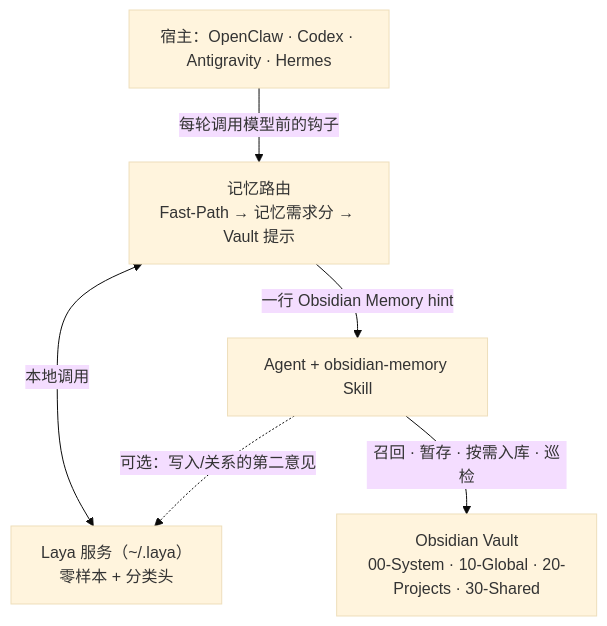
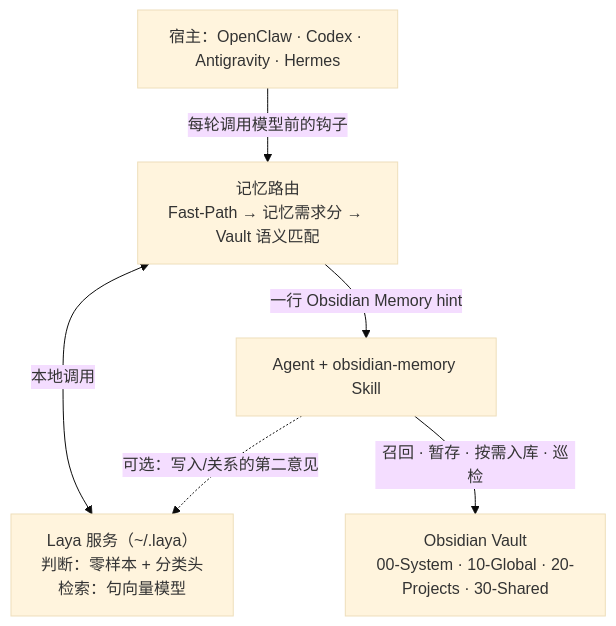
The first of 2 diagrams in ARCHITECTURE.md (annual30k/obsidian-memory-plugin), drawn with Mermaid (base theme) before and after one commit. The commit also changed other lines of this file and 53 other files, not shown here.

````diff
--- a/ARCHITECTURE.md
+++ b/ARCHITECTURE.md
@@ -5,8 +5,8 @@
 ```mermaid
 flowchart TD
-  H["宿主：OpenClaw · Codex · Antigravity · Hermes"] -->|每轮调用模型前的钩子| R["记忆路由<br/>Fast-Path → 记忆需求分 → Vault 提示"]
-  R <-->|本地调用| L["Laya 服务（~/.laya）<br/>零样本 + 分类头"]
+  H["宿主：OpenClaw · Codex · Antigravity · Hermes"] -->|每轮调用模型前的钩子| R["记忆路由<br/>Fast-Path → 记忆需求分 → Vault 语义匹配"]
+  R <-->|本地调用| L["Laya 服务（~/.laya）<br/>判断：零样本 + 分类头<br/>检索：句向量模型"]
   R -->|一行 Obsidian Memory hint| A["Agent + obsidian-memory Skill"]
   A -->|召回 · 暂存 · 按需入库 · 巡检| V["Obsidian Vault<br/>00-System · 10-Global · 20-Projects · 30-Shared"]
   A -.->|可选：写入/关系的第二意见| L
 ```
````
